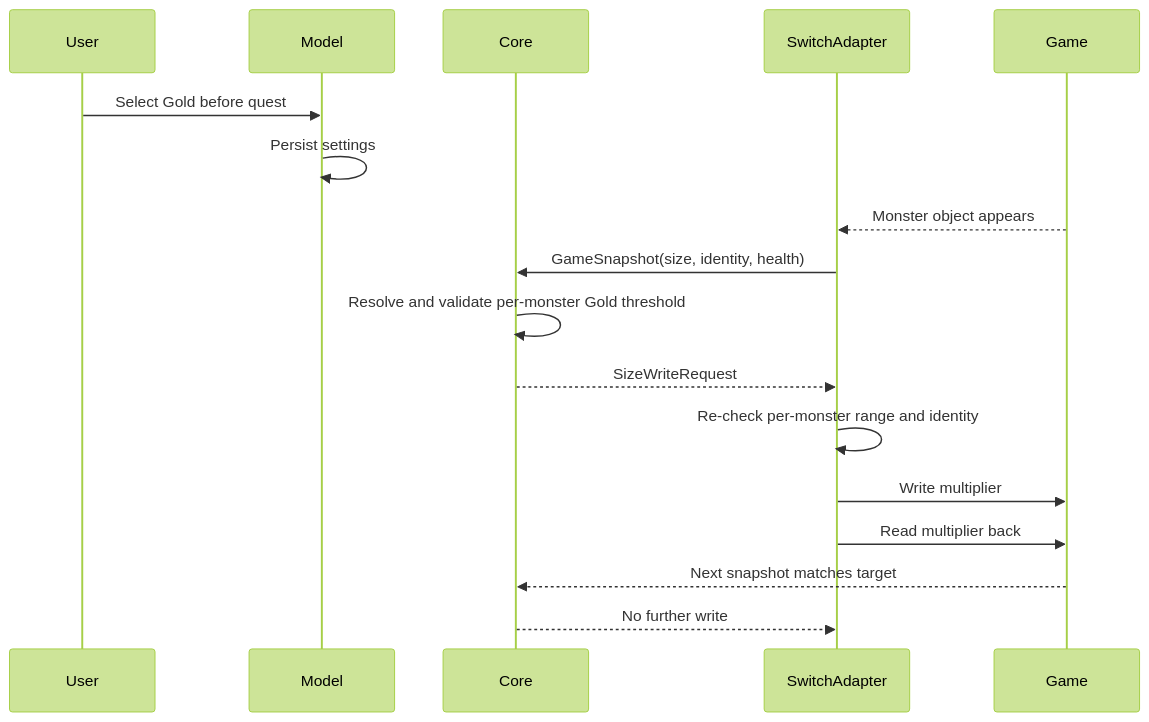
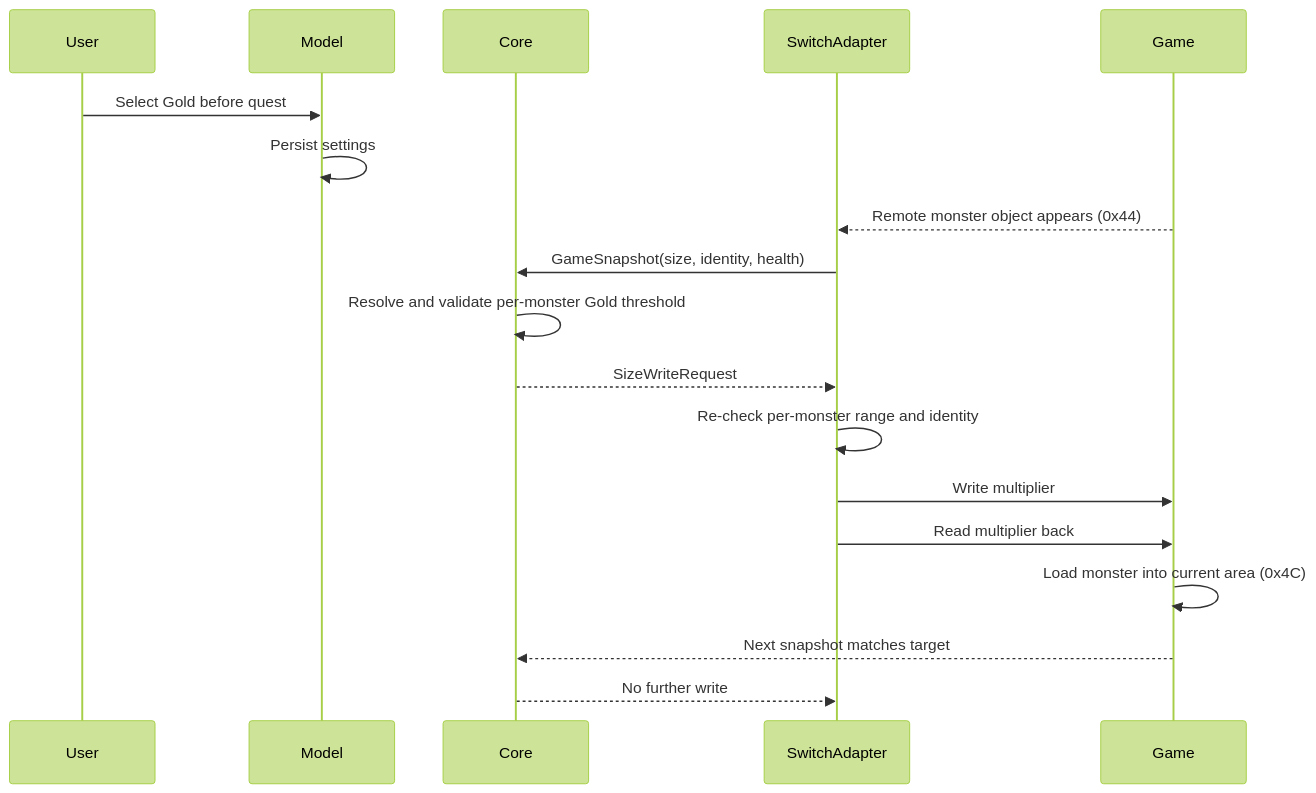
Before and after one commit to jinghaihan/mhgu-overlay: the second of 2 diagrams in docs/architecture.md, drawn with Mermaid (forest theme). The commit also changed other lines of this file and 1 other file, not shown here.

Commit message:
docs: explain remote size preloading

````diff
--- a/docs/architecture.md
+++ b/docs/architecture.md
@@ -171,20 +173,21 @@
 ```mermaid
 sequenceDiagram
     participant User
     participant Model
     participant Core
     participant SwitchAdapter
     participant Game
 
     User->>Model: Select Gold before quest
     Model->>Model: Persist settings
-    Game-->>SwitchAdapter: Monster object appears
+    Game-->>SwitchAdapter: Remote monster object appears (0x44)
     SwitchAdapter->>Core: GameSnapshot(size, identity, health)
     Core->>Core: Resolve and validate per-monster Gold threshold
     Core-->>SwitchAdapter: SizeWriteRequest
     SwitchAdapter->>SwitchAdapter: Re-check per-monster range and identity
     SwitchAdapter->>Game: Write multiplier
     SwitchAdapter->>Game: Read multiplier back
+    Game->>Game: Load monster into current area (0x4C)
     Game-->>Core: Next snapshot matches target
     Core-->>SwitchAdapter: No further write
 ```
````
